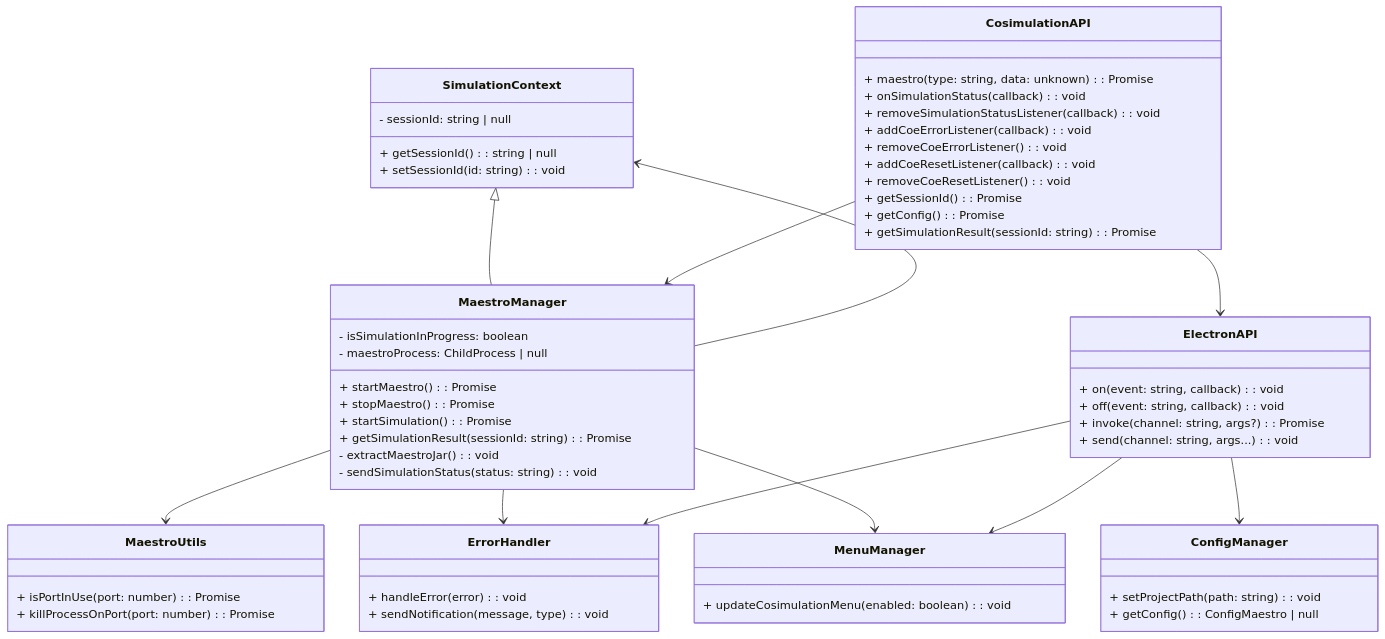
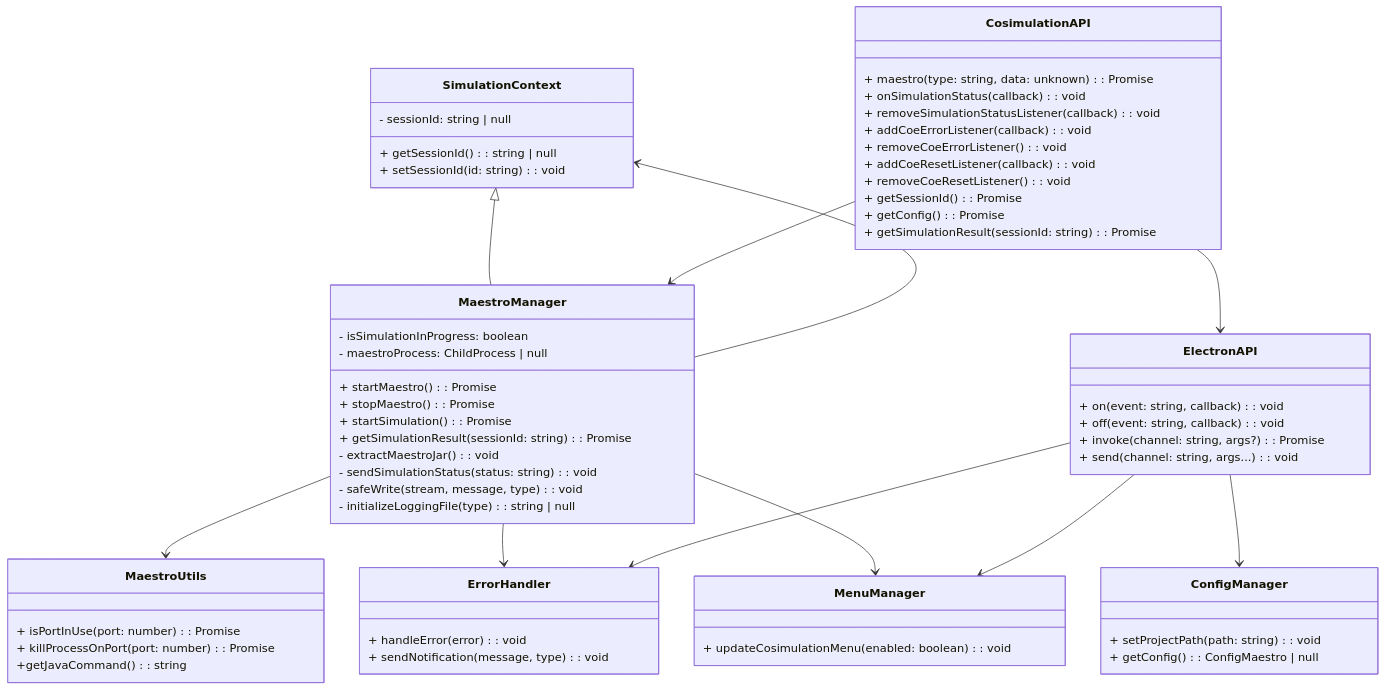
One commit to INTO-CPS-Association/into-cps-application changed the third of 6 diagrams in docs/APPLICATION LAYERS.md. Above: the diagram before and after it, drawn with Mermaid. The commit also changed other lines of this file and 15 other files, not shown here.

````diff
--- a/docs/APPLICATION LAYERS.md
+++ b/docs/APPLICATION LAYERS.md
@@ -236,77 +236,80 @@
 ```mermaid
 classDiagram
     %% Simulation Context %%
     class SimulationContext {
         - sessionId: string | null
         + getSessionId(): string | null
         + setSessionId(id: string): void
     }
 
     %% Maestro Manager %%
     class MaestroManager {
         + startMaestro(): Promise<MaestroResponse>
         + stopMaestro(): Promise<void>
         + startSimulation(): Promise<void>
         + getSimulationResult(sessionId: string): Promise<string>
         - extractMaestroJar(): void
         - sendSimulationStatus(status: string): void
         - isSimulationInProgress: boolean
         - maestroProcess: ChildProcess | null
+        - safeWrite(stream, message, type): void
+        - initializeLoggingFile(type): string | null
     }
 
     %% Cosimulation API %%
     class CosimulationAPI {
         + maestro(type: string, data: unknown): Promise<MaestroResponse>
         + onSimulationStatus(callback): void
         + removeSimulationStatusListener(callback): void
         + addCoeErrorListener(callback): void
         + removeCoeErrorListener(): void
         + addCoeResetListener(callback): void
         + removeCoeResetListener(): void
         + getSessionId(): Promise<string | null>
         + getConfig(): Promise<ConfigMaestro | null>
         + getSimulationResult(sessionId: string): Promise<string>
     }
 
     %% Electron API %%
     class ElectronAPI {
         + on(event: string, callback): void
         + off(event: string, callback): void
         + invoke(channel: string, args?): Promise<unknown>
         + send(channel: string, args...): void
     }
 
     %% Error Handler %%
     class ErrorHandler {
         + handleError(error): void
         + sendNotification(message, type): void
     }
 
     %% Maestro Process Utilities %%
     class MaestroUtils {
         + isPortInUse(port: number): Promise<boolean>
         + killProcessOnPort(port: number): Promise<void>
+        +getJavaCommand(): string
     }
 
     %% Menu Manager %%
     class MenuManager {
         + updateCosimulationMenu(enabled: boolean): void
     }
 
     %% Config Manager %%
     class ConfigManager {
         + setProjectPath(path: string): void
         + getConfig(): ConfigMaestro | null
     }
 
     SimulationContext <|-- MaestroManager
     CosimulationAPI --> MaestroManager
     MaestroManager --> MaestroUtils
     MaestroManager --> ErrorHandler
     MaestroManager --> MenuManager
     MaestroManager --> SimulationContext
     CosimulationAPI --> ElectronAPI
     ElectronAPI --> ErrorHandler
     ElectronAPI --> ConfigManager
     ElectronAPI --> MenuManager
 ```
````
